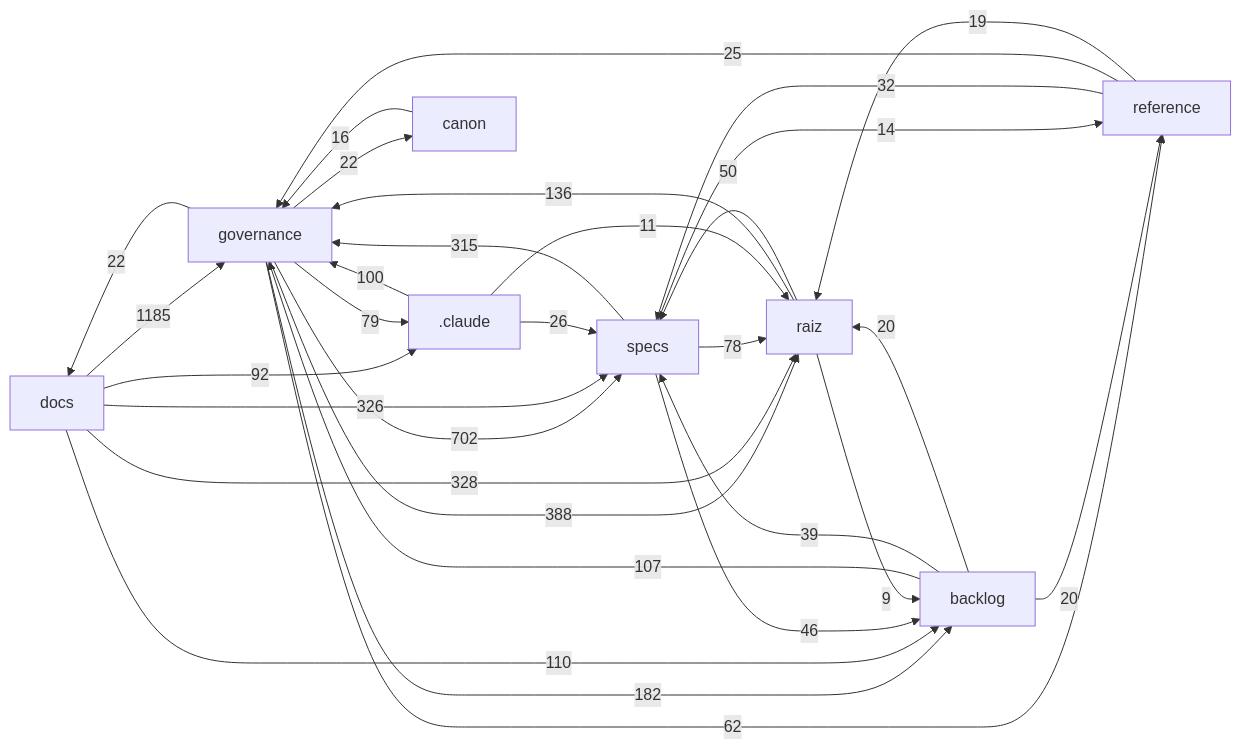
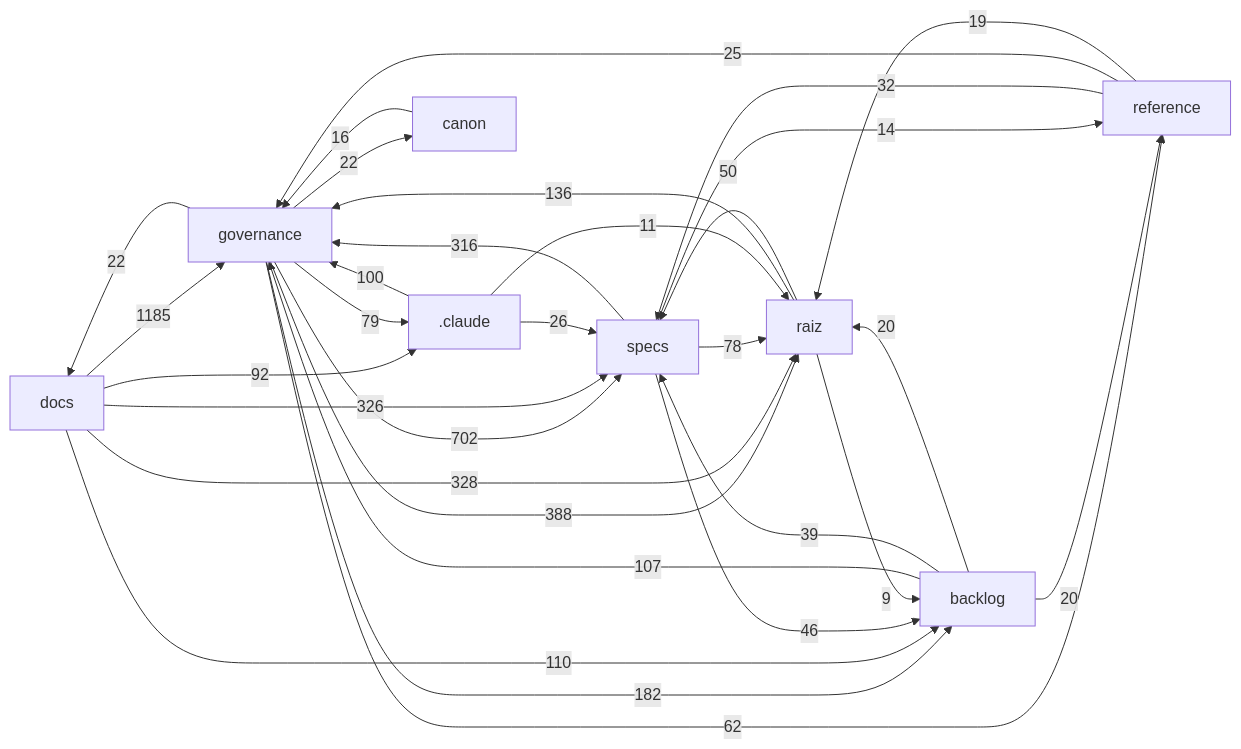
The diagram in docs/mapa/MAPA-PROJETO.md (Andraus35/Sistema-Operacional-de-Trading--SOT), drawn with Mermaid before and after one commit. The commit also changed other lines of this file and 3 other files, not shown here.

````diff
--- a/docs/mapa/MAPA-PROJETO.md
+++ b/docs/mapa/MAPA-PROJETO.md
@@ -29,33 +29,33 @@
 ```mermaid
 flowchart LR
   docs["docs"] -->|1185| governance["governance"]
   governance["governance"] -->|702| specs["specs"]
   governance["governance"] -->|388| raiz["raiz"]
   docs["docs"] -->|328| raiz["raiz"]
   docs["docs"] -->|326| specs["specs"]
-  specs["specs"] -->|315| governance["governance"]
+  specs["specs"] -->|316| governance["governance"]
   governance["governance"] -->|182| backlog["backlog"]
   raiz["raiz"] -->|136| governance["governance"]
   docs["docs"] -->|110| backlog["backlog"]
   backlog["backlog"] -->|107| governance["governance"]
   _claude[".claude"] -->|100| governance["governance"]
   docs["docs"] -->|92| _claude[".claude"]
   governance["governance"] -->|79| _claude[".claude"]
   specs["specs"] -->|78| raiz["raiz"]
   governance["governance"] -->|62| reference["reference"]
   raiz["raiz"] -->|50| specs["specs"]
   specs["specs"] -->|46| backlog["backlog"]
   backlog["backlog"] -->|39| specs["specs"]
   reference["reference"] -->|32| specs["specs"]
   _claude[".claude"] -->|26| specs["specs"]
   reference["reference"] -->|25| governance["governance"]
   governance["governance"] -->|22| docs["docs"]
   governance["governance"] -->|22| canon["canon"]
   backlog["backlog"] -->|20| raiz["raiz"]
   backlog["backlog"] -->|20| reference["reference"]
   reference["reference"] -->|19| raiz["raiz"]
   canon["canon"] -->|16| governance["governance"]
   specs["specs"] -->|14| reference["reference"]
   _claude[".claude"] -->|11| raiz["raiz"]
   raiz["raiz"] -->|9| backlog["backlog"]
 ```
````
